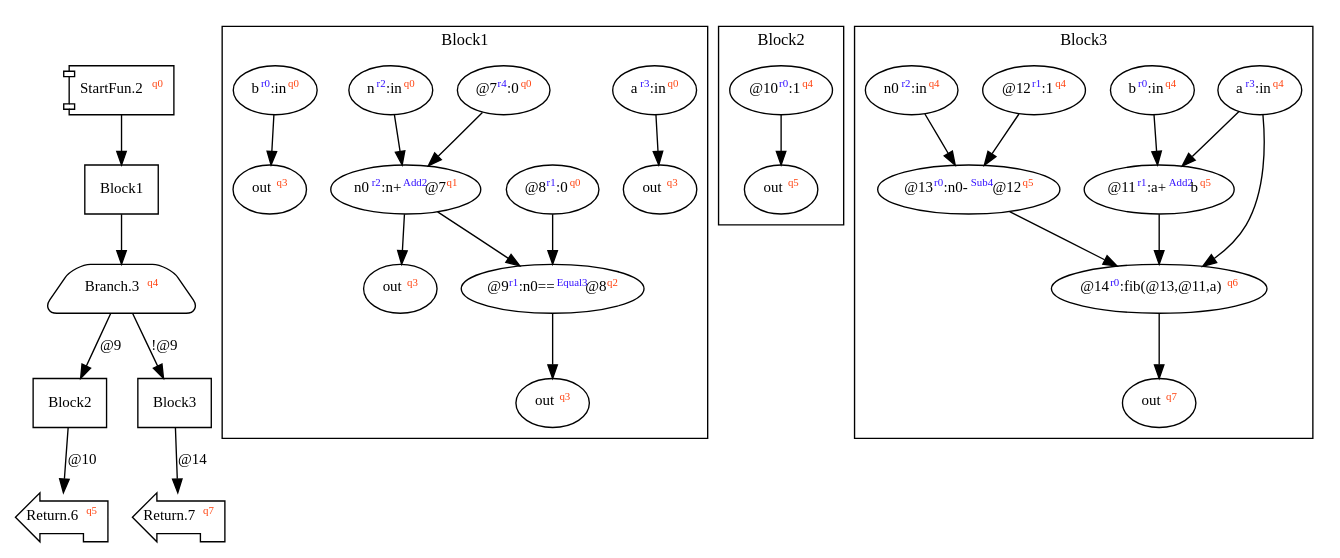
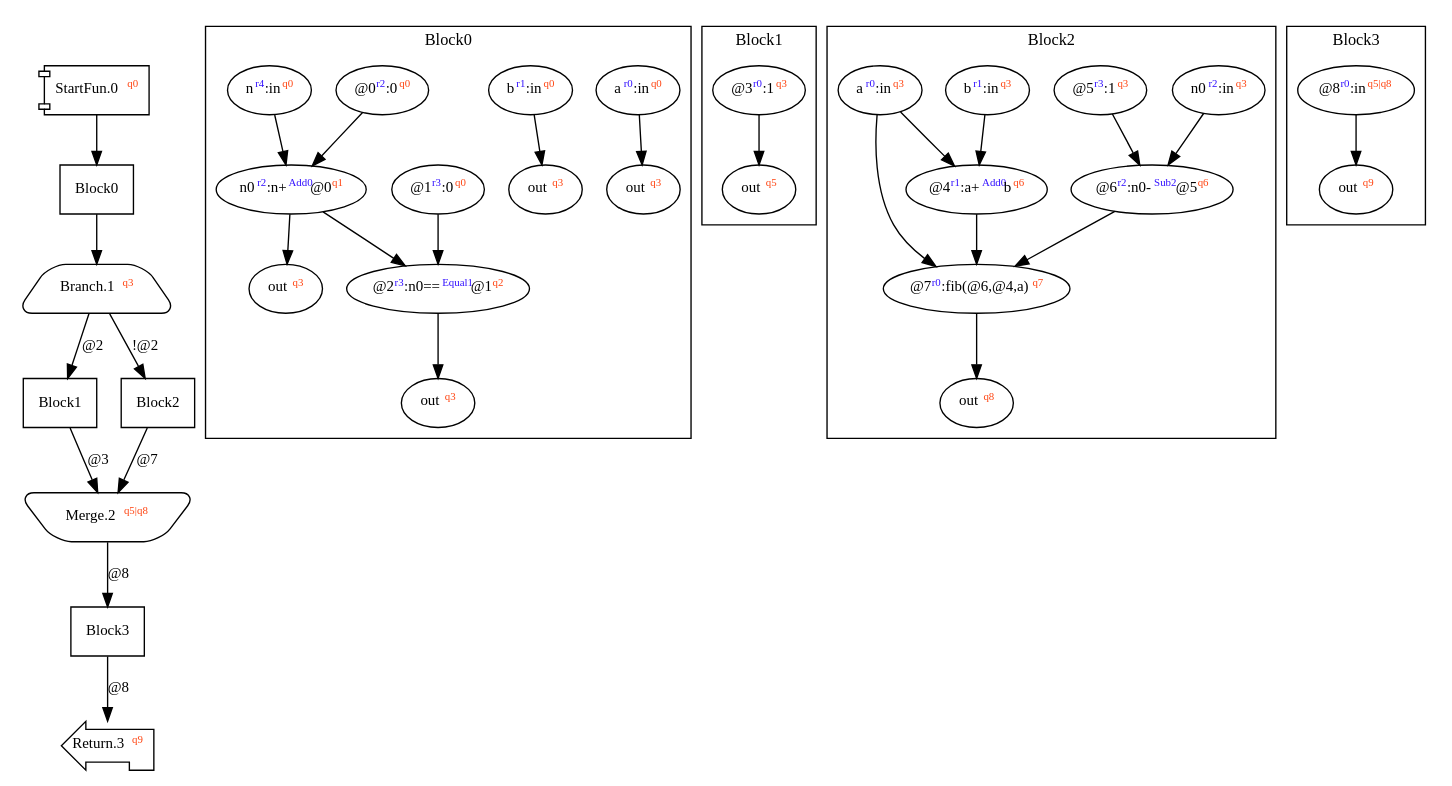
Before and after one commit to akouryy/SyntheScala: the diagram in dist/fib.dot, drawn with Graphviz. The commit also changed 10 other files, not shown here.

```diff
--- a/dist/fib.dot
+++ b/dist/fib.dot
@@ -1,30 +1,35 @@
 digraph Program_ {
 graph [fontname = "Monaco", fontsize = 12, ranksep = 0.5];
 node [shape = box, fontname = "Monaco", fontsize = 11; colorscheme = pastel19];
 edge [fontname = "Monaco", fontsize = 11; colorscheme = pastel19];
-Jump2[label = <StartFun.2<font color="#ff4411" point-size="8"><sup>q0</sup></font>>; shape = component];
-Jump2 -> Block1;
-Jump3[
-  label = <Branch.3<font color="#ff4411" point-size="8"><sup>q4</sup></font>>;
+Jump0[label = <StartFun.0<font color="#ff4411" point-size="8"><sup>q0</sup></font>>; shape = component];
+Jump0 -> Block0;
+Jump1[
+  label = <Branch.1<font color="#ff4411" point-size="8"><sup>q3</sup></font>>;
   shape = trapezium; style = rounded;
 ];
-Block1 -> Jump3;
-Jump3 -> Block2 [label="@9"];
-Jump3 -> Block3 [label="!@9"];
-Jump6[label = <Return.6<font color="#ff4411" point-size="8"><sup>q5</sup></font>>; shape = lpromoter];
-Block2 -> Jump6 [label="@10"];
-Jump7[label = <Return.7<font color="#ff4411" point-size="8"><sup>q7</sup></font>>; shape = lpromoter];
-Block3 -> Jump7 [label="@14"];
+Block0 -> Jump1;
+Jump1 -> Block1 [label="@2"];
+Jump1 -> Block2 [label="!@2"];
+Jump2[label = <Merge.2<font color="#ff4411" point-size="8"><sup>q5|q8</sup></font>>; shape = invtrapezium; style = rounded];
+Block1 -> Jump2 [label="@3"];Block2 -> Jump2 [label="@7"];
+Jump2 -> Block3 [label="@8"];
+Jump3[label = <Return.3<font color="#ff4411" point-size="8"><sup>q9</sup></font>>; shape = lpromoter];
+Block3 -> Jump3 [label="@8"];
+Block0 [label = "Block0"];
 Block1 [label = "Block1"];
 Block2 [label = "Block2"];
 Block3 [label = "Block3"];
-subgraph cluster_dfg_Block1{
+subgraph cluster_dfg_Block0{
+node [shape = oval];
+label = "Block0";
+ndBlock0_0 [label=<@2<font color="#3311ff" point-size="8"><sup>r3</sup></font>:n0==<font color="#3311ff" point-size="8"><sup>Equal1</sup></font>@1<font color="#ff4411" point-size="8"><sup>q2</sup></font>>];ndBlock0_1 [label=<out<font color="#ff4411" point-size="8"><sup>q3</sup></font>>];ndBlock0_2 [label=<out<font color="#ff4411" point-size="8"><sup>q3</sup></font>>];ndBlock0_3 [label=<a<font color="#3311ff" point-size="8"><sup>r0</sup></font>:in<font color="#ff4411" point-size="8"><sup>q0</sup></font>>];ndBlock0_4 [label=<b<font color="#3311ff" point-size="8"><sup>r1</sup></font>:in<font color="#ff4411" point-size="8"><sup>q0</sup></font>>];ndBlock0_5 [label=<out<font color="#ff4411" point-size="8"><sup>q3</sup></font>>];ndBlock0_6 [label=<out<font color="#ff4411" point-size="8"><sup>q3</sup></font>>];ndBlock0_7 [label=<@0<font color="#3311ff" point-size="8"><sup>r2</sup></font>:0<font color="#ff4411" point-size="8"><sup>q0</sup></font>>];ndBlock0_8 [label=<n0<font color="#3311ff" point-size="8"><sup>r2</sup></font>:n+<font color="#3311ff" point-size="8"><sup>Add0</sup></font>@0<font color="#ff4411" point-size="8"><sup>q1</sup></font>>];ndBlock0_9 [label=<@1<font color="#3311ff" point-size="8"><sup>r3</sup></font>:0<font color="#ff4411" point-size="8"><sup>q0</sup></font>>];ndBlock0_10 [label=<n<font color="#3311ff" point-size="8"><sup>r4</sup></font>:in<font color="#ff4411" point-size="8"><sup>q0</sup></font>>];ndBlock0_4 -> ndBlock0_2; ndBlock0_8 -> ndBlock0_6; ndBlock0_0 -> ndBlock0_1; ndBlock0_3 -> ndBlock0_5; ndBlock0_8 -> ndBlock0_0; ndBlock0_9 -> ndBlock0_0; ndBlock0_7 -> ndBlock0_8; ndBlock0_10 -> ndBlock0_8; }subgraph cluster_dfg_Block1{
 node [shape = oval];
 label = "Block1";
-ndBlock1_0 [label=<a<font color="#3311ff" point-size="8"><sup>r3</sup></font>:in<font color="#ff4411" point-size="8"><sup>q0</sup></font>>];ndBlock1_1 [label=<@8<font color="#3311ff" point-size="8"><sup>r1</sup></font>:0<font color="#ff4411" point-size="8"><sup>q0</sup></font>>];ndBlock1_2 [label=<out<font color="#ff4411" point-size="8"><sup>q3</sup></font>>];ndBlock1_3 [label=<@7<font color="#3311ff" point-size="8"><sup>r4</sup></font>:0<font color="#ff4411" point-size="8"><sup>q0</sup></font>>];ndBlock1_4 [label=<out<font color="#ff4411" point-size="8"><sup>q3</sup></font>>];ndBlock1_5 [label=<out<font color="#ff4411" point-size="8"><sup>q3</sup></font>>];ndBlock1_6 [label=<n<font color="#3311ff" point-size="8"><sup>r2</sup></font>:in<font color="#ff4411" point-size="8"><sup>q0</sup></font>>];ndBlock1_7 [label=<@9<font color="#3311ff" point-size="8"><sup>r1</sup></font>:n0==<font color="#3311ff" point-size="8"><sup>Equal3</sup></font>@8<font color="#ff4411" point-size="8"><sup>q2</sup></font>>];ndBlock1_8 [label=<out<font color="#ff4411" point-size="8"><sup>q3</sup></font>>];ndBlock1_9 [label=<b<font color="#3311ff" point-size="8"><sup>r0</sup></font>:in<font color="#ff4411" point-size="8"><sup>q0</sup></font>>];ndBlock1_10 [label=<n0<font color="#3311ff" point-size="8"><sup>r2</sup></font>:n+<font color="#3311ff" point-size="8"><sup>Add2</sup></font>@7<font color="#ff4411" point-size="8"><sup>q1</sup></font>>];ndBlock1_9 -> ndBlock1_8; ndBlock1_10 -> ndBlock1_5; ndBlock1_7 -> ndBlock1_4; ndBlock1_0 -> ndBlock1_2; ndBlock1_3 -> ndBlock1_10; ndBlock1_6 -> ndBlock1_10; ndBlock1_1 -> ndBlock1_7; ndBlock1_10 -> ndBlock1_7; }subgraph cluster_dfg_Block2{
+ndBlock1_0 [label=<@3<font color="#3311ff" point-size="8"><sup>r0</sup></font>:1<font color="#ff4411" point-size="8"><sup>q3</sup></font>>];ndBlock1_1 [label=<out<font color="#ff4411" point-size="8"><sup>q5</sup></font>>];ndBlock1_0 -> ndBlock1_1; }subgraph cluster_dfg_Block2{
 node [shape = oval];
 label = "Block2";
-ndBlock2_0 [label=<@10<font color="#3311ff" point-size="8"><sup>r0</sup></font>:1<font color="#ff4411" point-size="8"><sup>q4</sup></font>>];ndBlock2_1 [label=<out<font color="#ff4411" point-size="8"><sup>q5</sup></font>>];ndBlock2_0 -> ndBlock2_1; }subgraph cluster_dfg_Block3{
+ndBlock2_0 [label=<@5<font color="#3311ff" point-size="8"><sup>r3</sup></font>:1<font color="#ff4411" point-size="8"><sup>q3</sup></font>>];ndBlock2_1 [label=<b<font color="#3311ff" point-size="8"><sup>r1</sup></font>:in<font color="#ff4411" point-size="8"><sup>q3</sup></font>>];ndBlock2_2 [label=<@4<font color="#3311ff" point-size="8"><sup>r1</sup></font>:a+<font color="#3311ff" point-size="8"><sup>Add0</sup></font>b<font color="#ff4411" point-size="8"><sup>q6</sup></font>>];ndBlock2_3 [label=<n0<font color="#3311ff" point-size="8"><sup>r2</sup></font>:in<font color="#ff4411" point-size="8"><sup>q3</sup></font>>];ndBlock2_4 [label=<@6<font color="#3311ff" point-size="8"><sup>r2</sup></font>:n0-<font color="#3311ff" point-size="8"><sup>Sub2</sup></font>@5<font color="#ff4411" point-size="8"><sup>q6</sup></font>>];ndBlock2_5 [label=<out<font color="#ff4411" point-size="8"><sup>q8</sup></font>>];ndBlock2_6 [label=<@7<font color="#3311ff" point-size="8"><sup>r0</sup></font>:fib(@6,@4,a)<font color="#ff4411" point-size="8"><sup>q7</sup></font>>];ndBlock2_7 [label=<a<font color="#3311ff" point-size="8"><sup>r0</sup></font>:in<font color="#ff4411" point-size="8"><sup>q3</sup></font>>];ndBlock2_1 -> ndBlock2_2; ndBlock2_7 -> ndBlock2_2; ndBlock2_6 -> ndBlock2_5; ndBlock2_2 -> ndBlock2_6; ndBlock2_4 -> ndBlock2_6; ndBlock2_7 -> ndBlock2_6; ndBlock2_0 -> ndBlock2_4; ndBlock2_3 -> ndBlock2_4; }subgraph cluster_dfg_Block3{
 node [shape = oval];
 label = "Block3";
-ndBlock3_0 [label=<@12<font color="#3311ff" point-size="8"><sup>r1</sup></font>:1<font color="#ff4411" point-size="8"><sup>q4</sup></font>>];ndBlock3_1 [label=<@11<font color="#3311ff" point-size="8"><sup>r1</sup></font>:a+<font color="#3311ff" point-size="8"><sup>Add2</sup></font>b<font color="#ff4411" point-size="8"><sup>q5</sup></font>>];ndBlock3_2 [label=<a<font color="#3311ff" point-size="8"><sup>r3</sup></font>:in<font color="#ff4411" point-size="8"><sup>q4</sup></font>>];ndBlock3_3 [label=<b<font color="#3311ff" point-size="8"><sup>r0</sup></font>:in<font color="#ff4411" point-size="8"><sup>q4</sup></font>>];ndBlock3_4 [label=<out<font color="#ff4411" point-size="8"><sup>q7</sup></font>>];ndBlock3_5 [label=<@13<font color="#3311ff" point-size="8"><sup>r0</sup></font>:n0-<font color="#3311ff" point-size="8"><sup>Sub4</sup></font>@12<font color="#ff4411" point-size="8"><sup>q5</sup></font>>];ndBlock3_6 [label=<n0<font color="#3311ff" point-size="8"><sup>r2</sup></font>:in<font color="#ff4411" point-size="8"><sup>q4</sup></font>>];ndBlock3_7 [label=<@14<font color="#3311ff" point-size="8"><sup>r0</sup></font>:fib(@13,@11,a)<font color="#ff4411" point-size="8"><sup>q6</sup></font>>];ndBlock3_7 -> ndBlock3_4; ndBlock3_1 -> ndBlock3_7; ndBlock3_2 -> ndBlock3_7; ndBlock3_5 -> ndBlock3_7; ndBlock3_2 -> ndBlock3_1; ndBlock3_3 -> ndBlock3_1; ndBlock3_0 -> ndBlock3_5; ndBlock3_6 -> ndBlock3_5; }}
+ndBlock3_0 [label=<@8<font color="#3311ff" point-size="8"><sup>r0</sup></font>:in<font color="#ff4411" point-size="8"><sup>q5|q8</sup></font>>];ndBlock3_1 [label=<out<font color="#ff4411" point-size="8"><sup>q9</sup></font>>];ndBlock3_0 -> ndBlock3_1; }}
```
